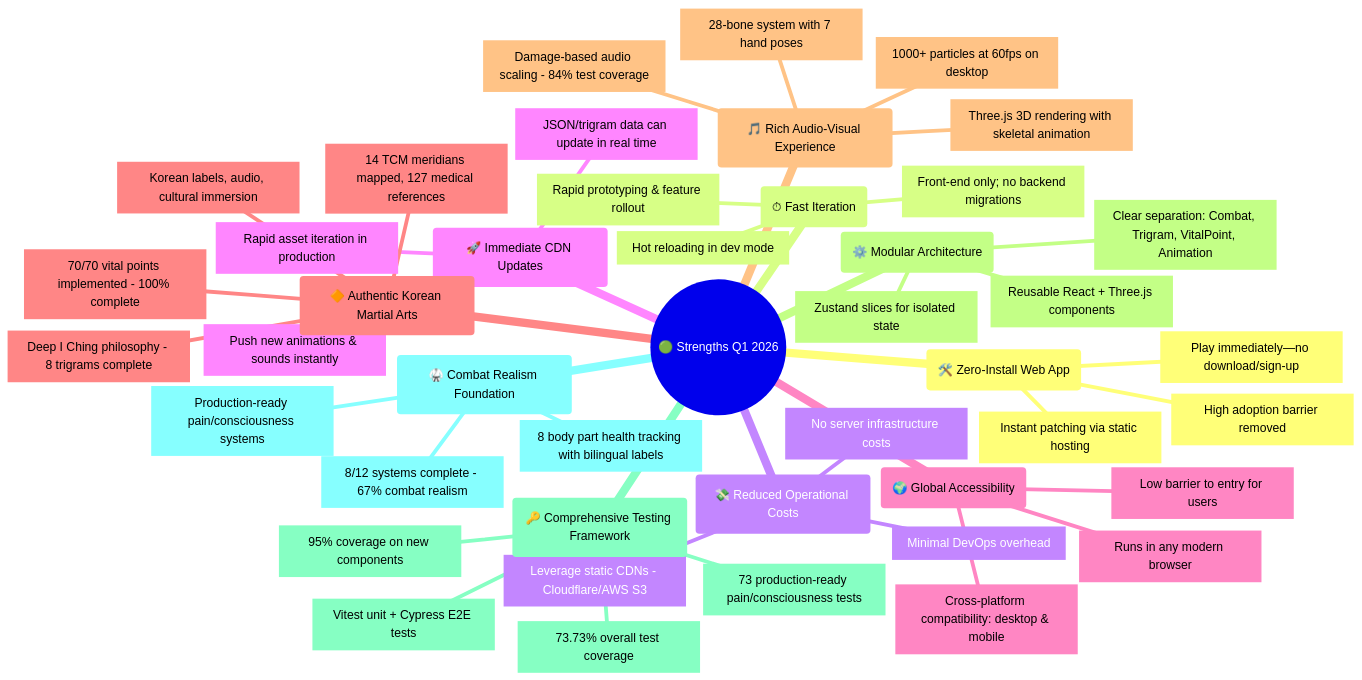
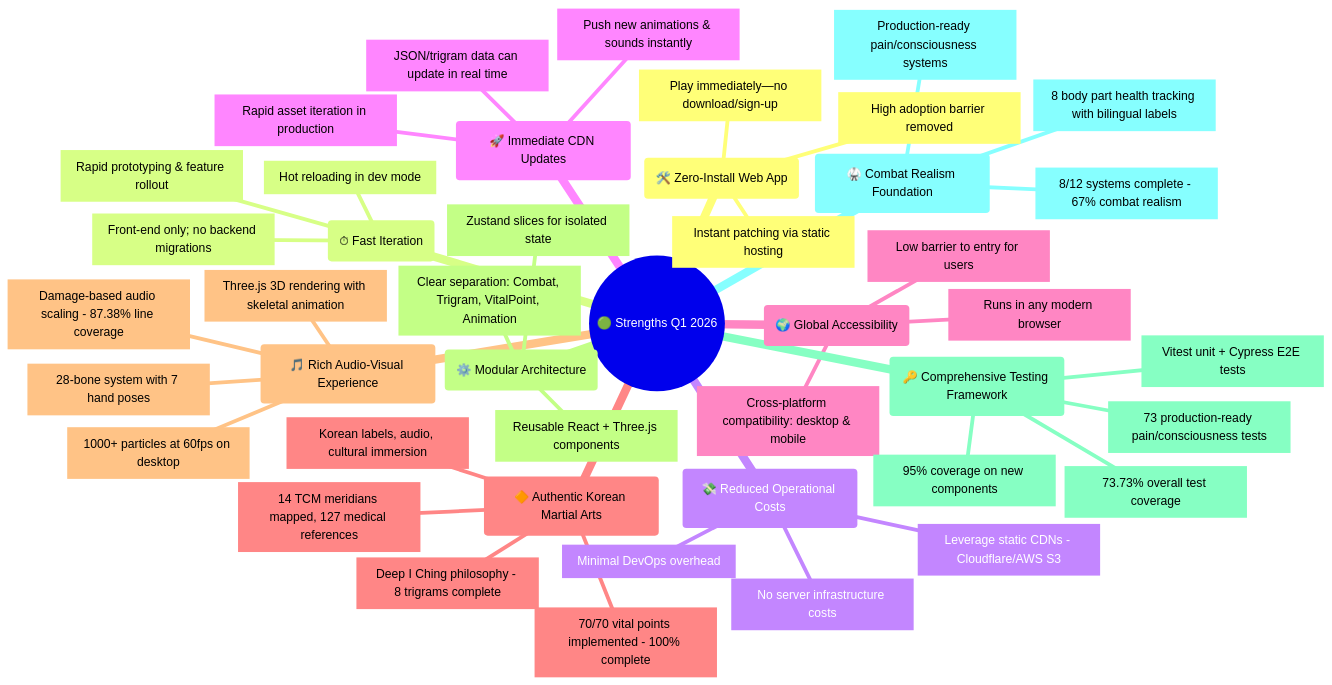
Before and after one commit to Hack23/blacktrigram: the ninth of 22 diagrams in ARCHITECTURE.md, drawn with Mermaid. The commit also changed other lines of this file, not shown here.

First line of the commit message:
Align FPS targets and audio coverage throughout document

````diff
--- a/ARCHITECTURE.md
+++ b/ARCHITECTURE.md
@@ -1516,47 +1516,47 @@
 ```mermaid
 mindmap
   root((🟢 Strengths Q1 2026))
     id1(🛠️ Zero-Install Web App)
       id1.1[Play immediately—no download/sign-up]
       id1.2[Instant patching via static hosting]
       id1.3[High adoption barrier removed]
     id2(⏱ Fast Iteration)
       id2.1[Front-end only; no backend migrations]
       id2.2[Rapid prototyping & feature rollout]
       id2.3[Hot reloading in dev mode]
     id3(💸 Reduced Operational Costs)
       id3.1[No server infrastructure costs]
       id3.2[Leverage static CDNs - Cloudflare/AWS S3]
       id3.3[Minimal DevOps overhead]
     id4(🚀 Immediate CDN Updates)
       id4.1[Push new animations & sounds instantly]
       id4.2[JSON/trigram data can update in real time]
       id4.3[Rapid asset iteration in production]
     id5(🌍 Global Accessibility)
       id5.1[Runs in any modern browser]
       id5.2[Cross-platform compatibility: desktop & mobile]
       id5.3[Low barrier to entry for users]
     id6(🔶 Authentic Korean Martial Arts)
       id6.1[Deep I Ching philosophy - 8 trigrams complete]
       id6.2[70/70 vital points implemented - 100% complete]
       id6.3[Korean labels, audio, cultural immersion]
       id6.4[14 TCM meridians mapped, 127 medical references]
     id7(🎵 Rich Audio-Visual Experience)
       id7.1[Three.js 3D rendering with skeletal animation]
       id7.2[28-bone system with 7 hand poses]
-      id7.3[Damage-based audio scaling - 84% test coverage]
+      id7.3[Damage-based audio scaling - 87.38% line coverage]
       id7.4[1000+ particles at 60fps on desktop]
     id8(⚙️ Modular Architecture)
       id8.1[Clear separation: Combat, Trigram, VitalPoint, Animation]
       id8.2[Reusable React + Three.js components]
       id8.3[Zustand slices for isolated state]
     id9(🔑 Comprehensive Testing Framework)
       id9.1[73.73% overall test coverage]
       id9.2[95% coverage on new components]
       id9.3[Vitest unit + Cypress E2E tests]
       id9.4[73 production-ready pain/consciousness tests]
     id10(🥋 Combat Realism Foundation)
       id10.1[8/12 systems complete - 67% combat realism]
       id10.2[Production-ready pain/consciousness systems]
       id10.3[8 body part health tracking with bilingual labels]
 ```
````
